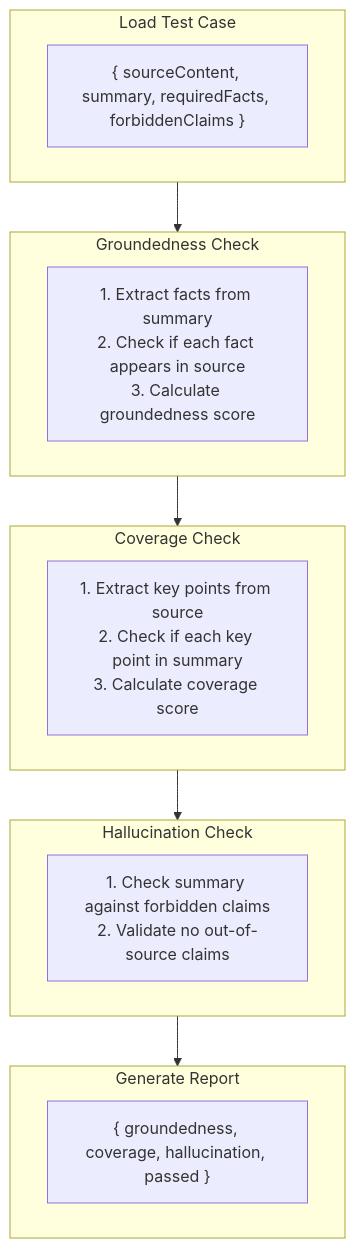
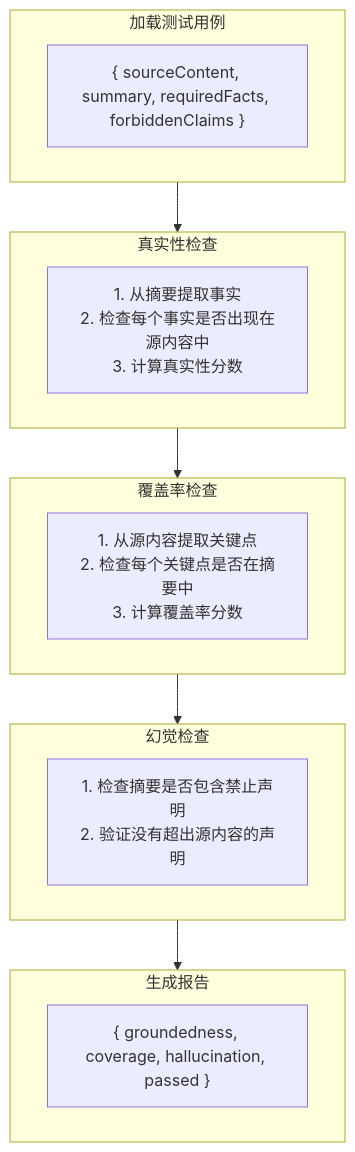
The third of 5 diagrams in docs/architecture/components/EVALUATION.md (pofossette/TrapMap-for-vibing), drawn with Mermaid before and after one commit. The commit also changed other lines of this file and 31 other files, not shown here.

````diff
--- a/docs/architecture/components/EVALUATION.md
+++ b/docs/architecture/components/EVALUATION.md
@@ -165,24 +165,24 @@
 ```mermaid
 flowchart TB
-    subgraph LoadCase["Load Test Case"]
+    subgraph 加载测试用例["加载测试用例"]
         A["{ sourceContent, summary, requiredFacts, forbiddenClaims }"]
     end
 
-    subgraph Groundedness["Groundedness Check"]
-        B1["1. Extract facts from summary\n2. Check if each fact appears in source\n3. Calculate groundedness score"]
+    subgraph 真实性检查["真实性检查"]
+        B1["1. 从摘要提取事实\n2. 检查每个事实是否出现在源内容中\n3. 计算真实性分数"]
     end
 
-    subgraph Coverage["Coverage Check"]
-        C1["1. Extract key points from source\n2. Check if each key point in summary\n3. Calculate coverage score"]
+    subgraph 覆盖率检查["覆盖率检查"]
+        C1["1. 从源内容提取关键点\n2. 检查每个关键点是否在摘要中\n3. 计算覆盖率分数"]
     end
 
-    subgraph Hallucination["Hallucination Check"]
-        D1["1. Check summary against forbidden claims\n2. Validate no out-of-source claims"]
+    subgraph 幻觉检查["幻觉检查"]
+        D1["1. 检查摘要是否包含禁止声明\n2. 验证没有超出源内容的声明"]
     end
 
-    subgraph Report["Generate Report"]
+    subgraph 生成报告["生成报告"]
         E["{ groundedness, coverage, hallucination, passed }"]
     end
 
-    LoadCase --> Groundedness --> Coverage --> Hallucination --> Report
+    加载测试用例 --> 真实性检查 --> 覆盖率检查 --> 幻觉检查 --> 生成报告
 ```
````
